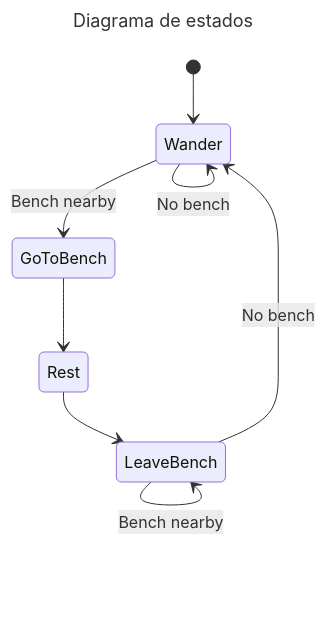
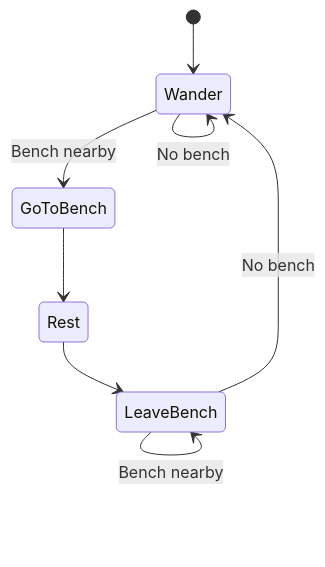
The diagram in Informe.md (VeraMasc/IA-PEC1), drawn with Mermaid before and after one commit. The commit also changed 1 other file, not shown here.

Commit message:
State Diagram

````diff
--- a/Informe.md
+++ b/Informe.md
@@ -43,13 +43,10 @@
 ```mermaid
----
-title: Diagrama de estados
----
 stateDiagram-v2
     [*] --> Wander
     Wander -->  Wander : No bench
     Wander --> GoToBench : Bench nearby
     GoToBench --> Rest
     Rest --> LeaveBench
     LeaveBench --> Wander : No bench
     LeaveBench --> LeaveBench : Bench nearby
 ```
````
